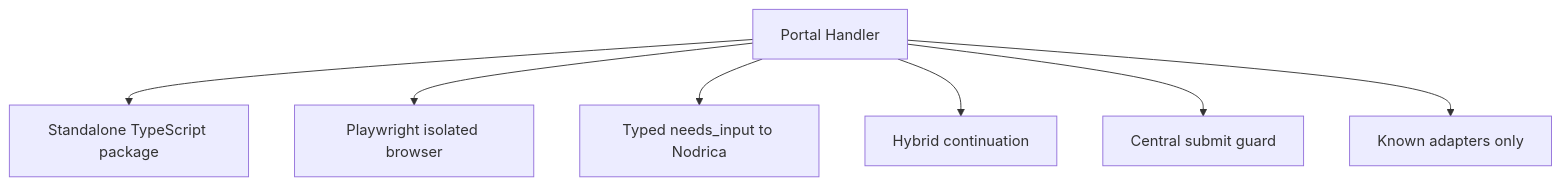
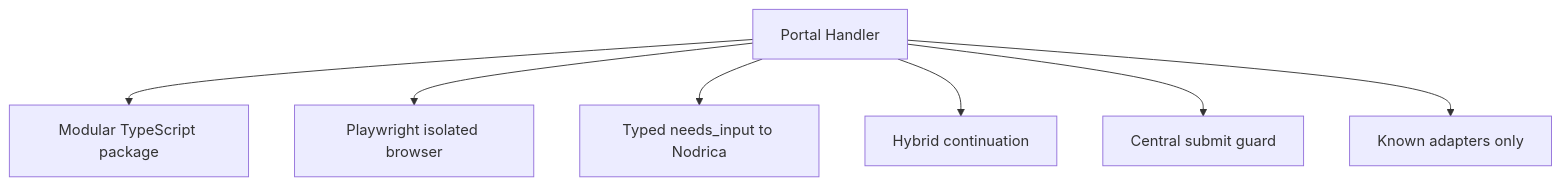
Before and after one commit to SidheshwarSarangal/portal-application-handler: the first of 3 diagrams in docs/design-decisions.md, drawn with Mermaid. The commit also changed other lines of this file and 3 other files, not shown here.

````diff
--- a/docs/design-decisions.md
+++ b/docs/design-decisions.md
@@ -5,9 +5,9 @@
 ```mermaid
 flowchart TB
-    P[Portal Handler] --> T[Standalone TypeScript package]
+    P[Portal Handler] --> T[Modular TypeScript package]
     P --> B[Playwright isolated browser]
     P --> N[Typed needs_input to Nodrica]
     P --> C[Hybrid continuation]
     P --> S[Central submit guard]
     P --> A[Known adapters only]
 ```
````
